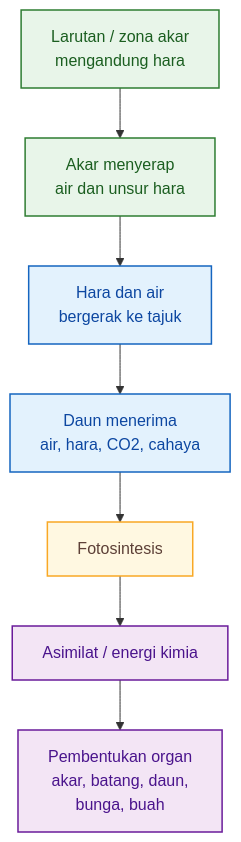
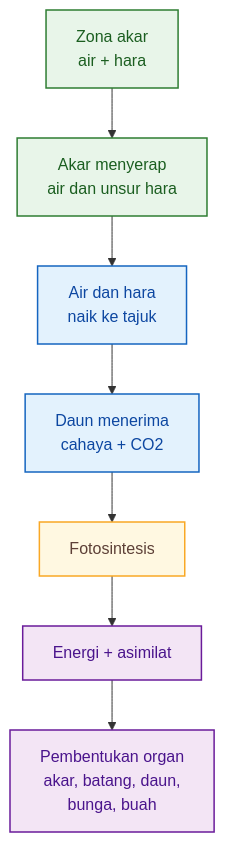
One commit to slametsampon/kawruhnology changed the second of 15 diagrams in content/blog/agri/kebon/model-formula-hara.mdx. Above: the diagram before and after it, drawn with Mermaid. The commit also changed other lines of this file and 4 other files, not shown here.

````diff
--- a/content/blog/agri/kebon/model-formula-hara.mdx
+++ b/content/blog/agri/kebon/model-formula-hara.mdx
@@ -352,19 +332,19 @@
 ```mermaid
 flowchart TD
-    A["Larutan / zona akar<br/>mengandung hara"] --> B["Akar menyerap<br/>air dan unsur hara"]
-    B --> C["Hara dan air<br/>bergerak ke tajuk"]
-    C --> D["Daun menerima<br/>air, hara, CO2, cahaya"]
+    A["Zona akar<br/>air + hara"] --> B["Akar menyerap<br/>air dan unsur hara"]
+    B --> C["Air dan hara<br/>naik ke tajuk"]
+    C --> D["Daun menerima<br/>cahaya + CO2"]
     D --> E["Fotosintesis"]
-    E --> F["Asimilat / energi kimia"]
+    E --> F["Energi + asimilat"]
     F --> G["Pembentukan organ<br/>akar, batang, daun,<br/>bunga, buah"]
 
     classDef akar fill:#E8F5E9,stroke:#2E7D32,stroke-width:1.5px,color:#1B5E20;
     classDef alir fill:#E3F2FD,stroke:#1565C0,stroke-width:1.5px,color:#0D47A1;
     classDef foto fill:#FFF8E1,stroke:#F9A825,stroke-width:1.5px,color:#5D4037;
     classDef hasil fill:#F3E5F5,stroke:#6A1B9A,stroke-width:1.5px,color:#4A148C;
 
     class A,B akar;
     class C,D alir;
     class E foto;
     class F,G hasil;
 ```
````
